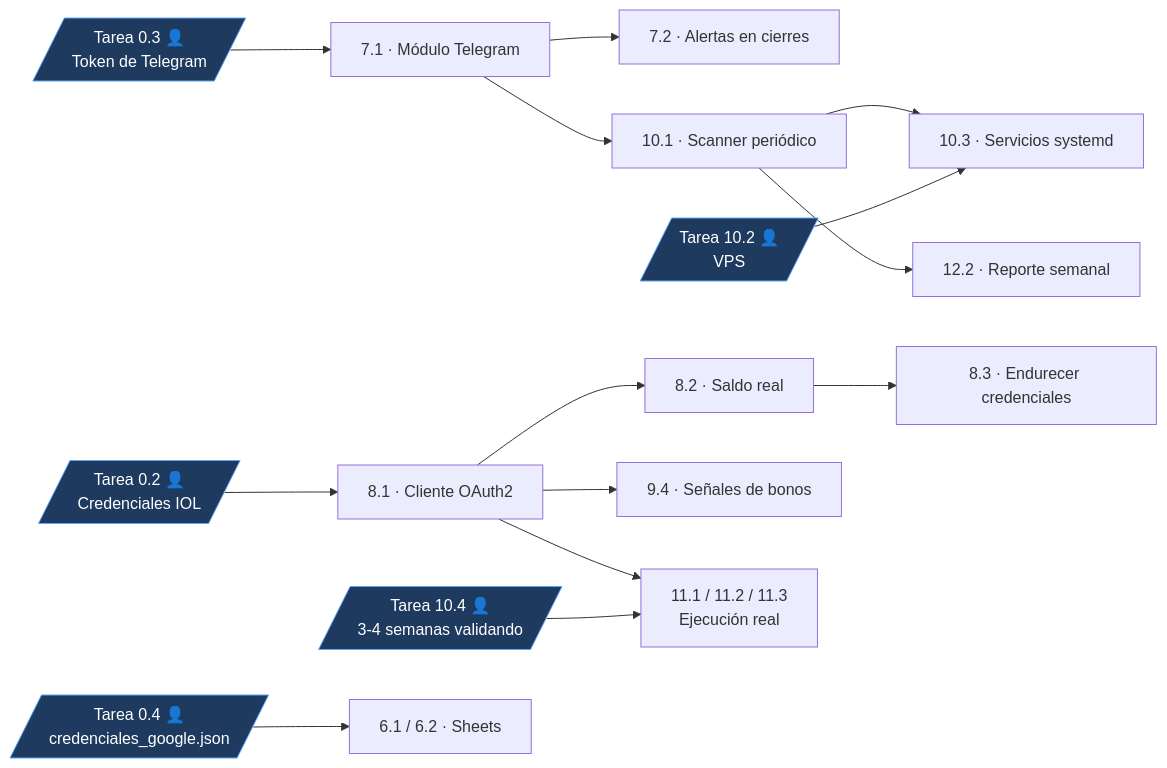
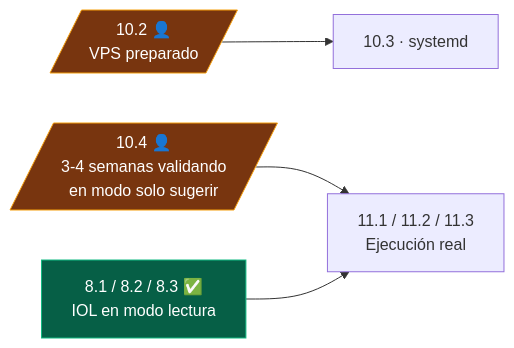
Diagram 14 of 14 in PROGRESS.md (ulisao/simuladorinversiones), drawn with Mermaid before and after one commit. The commit also changed other lines of this file and 47 other files, not shown here.

````diff
--- a/PROGRESS.md
+++ b/PROGRESS.md
@@ -922,20 +2094,8 @@
 ```mermaid
 flowchart LR
-    TG[/"Tarea 0.3 👤<br/>Token de Telegram"/]:::cred --> T71[7.1 · Módulo Telegram]
-    T71 --> T72[7.2 · Alertas en cierres]
-    T71 --> T101[10.1 · Scanner periódico]
-    T101 --> T103[10.3 · Servicios systemd]
-    T101 --> T122[12.2 · Reporte semanal]
-    VPS[/"Tarea 10.2 👤<br/>VPS"/]:::cred --> T103
-
-    IOL[/"Tarea 0.2 👤<br/>Credenciales IOL"/]:::cred --> T81[8.1 · Cliente OAuth2]
-    T81 --> T82[8.2 · Saldo real]
-    T82 --> T83[8.3 · Endurecer credenciales]
-    T81 --> T94[9.4 · Señales de bonos]
-    T81 --> T11[11.1 / 11.2 / 11.3<br/>Ejecución real]
-    VAL[/"Tarea 10.4 👤<br/>3-4 semanas validando"/]:::cred --> T11
-
-    GS[/"Tarea 0.4 👤<br/>credenciales_google.json"/]:::cred --> T61[6.1 / 6.2 · Sheets]
-
-    classDef cred fill:#1e3a5f,stroke:#60a5fa,color:#fff
+    VPS[/"10.2 👤<br/>VPS preparado"/]:::cred --> T103[10.3 · systemd]
+    VAL[/"10.4 👤<br/>3-4 semanas validando<br/>en modo solo sugerir"/]:::cred --> T11
+    OK["8.1 / 8.2 / 8.3 ✅<br/>IOL en modo lectura"]:::hecho --> T11["11.1 / 11.2 / 11.3<br/>Ejecución real"]
+    classDef cred fill:#78350f,stroke:#f59e0b,color:#fff
+    classDef hecho fill:#065f46,stroke:#10b981,color:#fff
 ```
````
